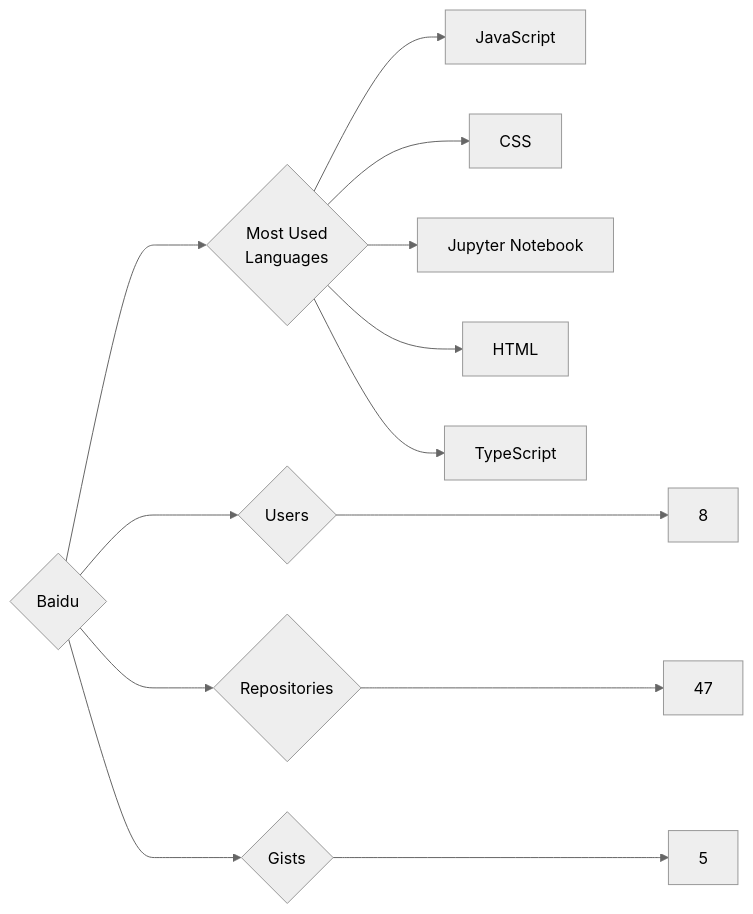
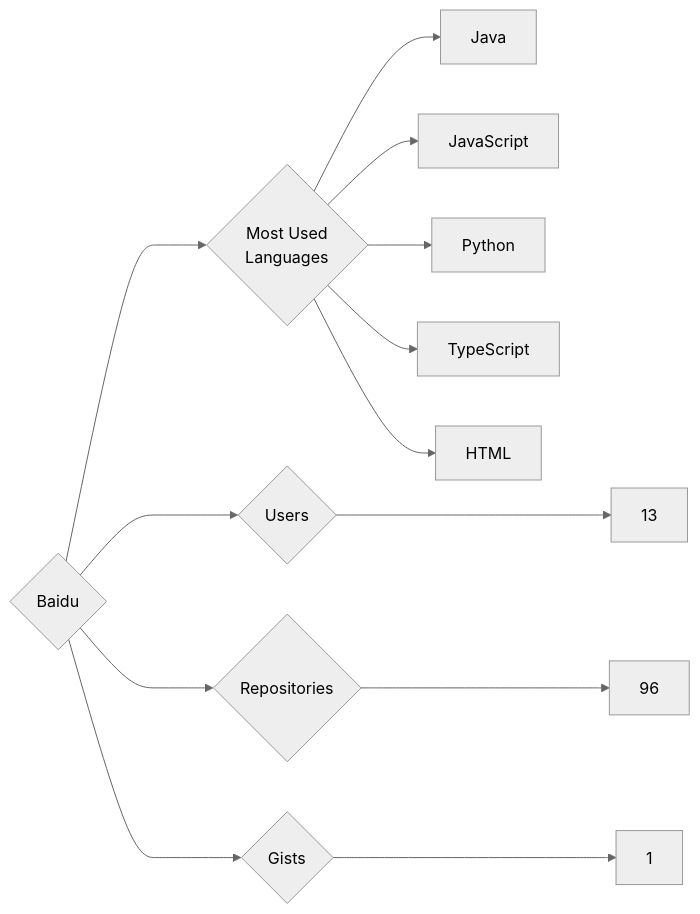
One commit to trickest/insiders changed the diagram in targets/Baidu/README.md. Above: the diagram before and after it, drawn with Mermaid (neutral theme). The commit also changed 880 other files, not shown here.

````diff
--- a/targets/Baidu/README.md
+++ b/targets/Baidu/README.md
@@ -3,13 +3,13 @@
 ```mermaid
 graph LR
 COMPANY_NAME{Baidu}
-COMPANY_NAME ---> U{Users} ---> UN[8]
-COMPANY_NAME ---> R{Repositories} ---> RN[47]
-COMPANY_NAME ---> G{Gists} ---> GN[5]
+COMPANY_NAME ---> U{Users} ---> UN[13]
+COMPANY_NAME ---> R{Repositories} ---> RN[96]
+COMPANY_NAME ---> G{Gists} ---> GN[1]
 COMPANY_NAME ---> ML{Most Used<br>Languages}
+ML --> Java[Java]
 ML --> JavaScript[JavaScript]
-ML --> CSS[CSS]
-ML --> Jupyter_Notebook[Jupyter Notebook]
+ML --> Python[Python]
+ML --> TypeScript[TypeScript]
 ML --> HTML[HTML]
-ML --> TypeScript[TypeScript]
 ```
````
